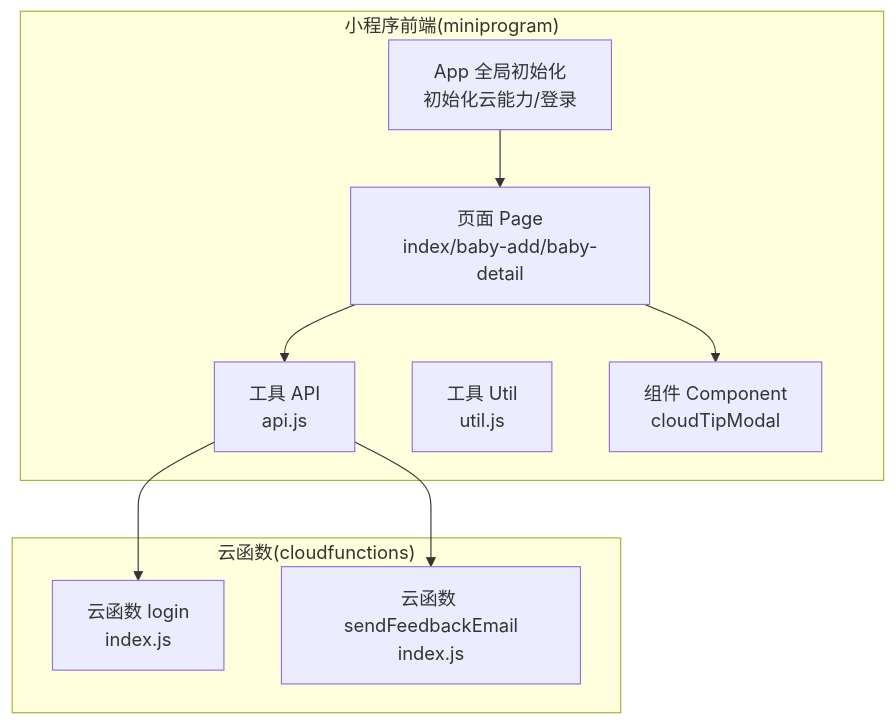
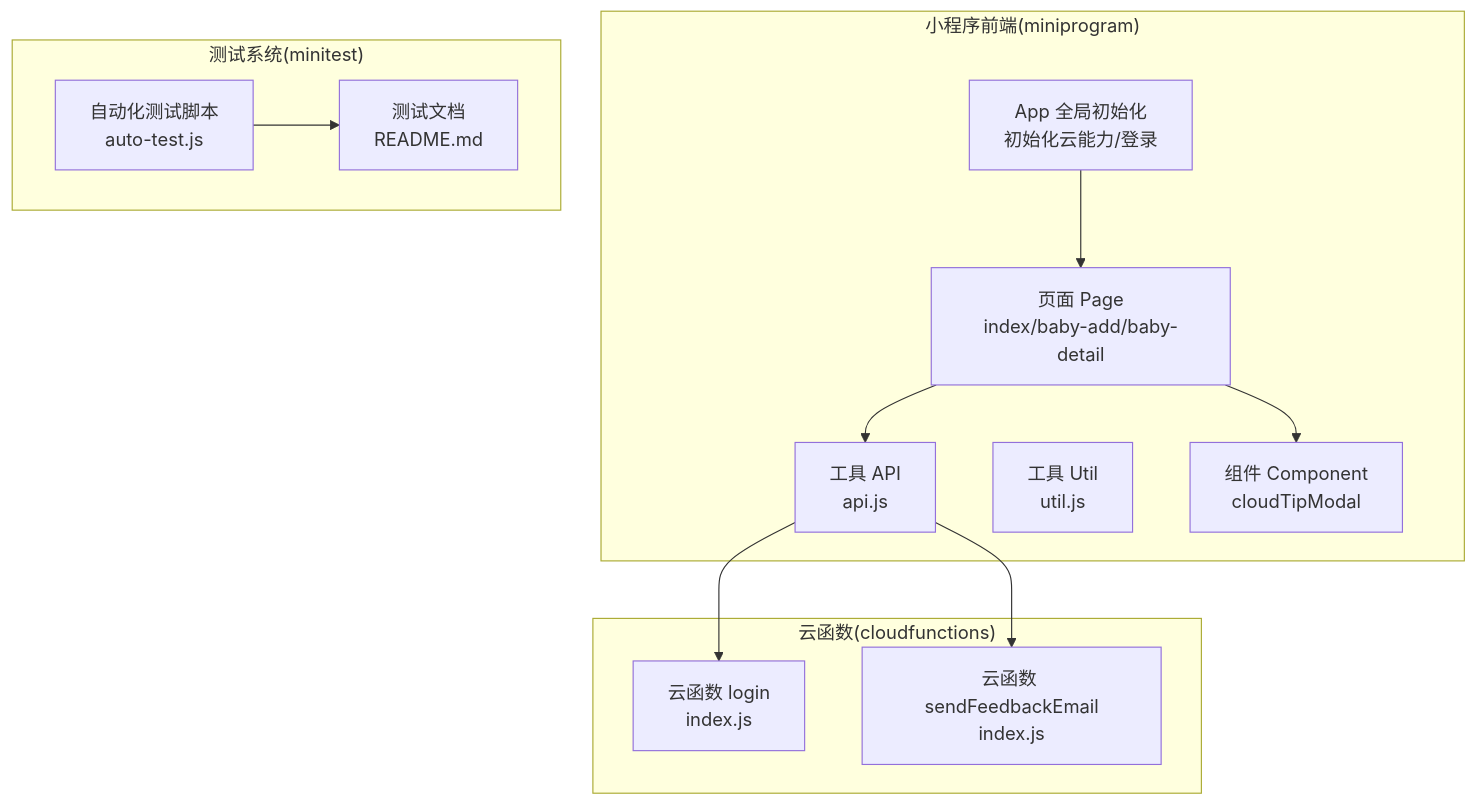
Before and after one commit to zhangxin19911211-creator/Project_BabyAssistant: the first of 5 diagrams in .qoder/repowiki/zh/content/测试策略/测试策略.md, drawn with Mermaid. The commit also changed other lines of this file and 24 other files, not shown here.

````diff
--- a/.qoder/repowiki/zh/content/测试策略/测试策略.md
+++ b/.qoder/repowiki/zh/content/测试策略/测试策略.md
@@ -44,19 +44,24 @@
 ```mermaid
 graph TB
 subgraph "小程序前端(miniprogram)"
 APP["App 全局初始化<br/>初始化云能力/登录"]
 PAGES["页面 Page<br/>index/baby-add/baby-detail"]
 UTILS_API["工具 API<br/>api.js"]
 UTILS_UTIL["工具 Util<br/>util.js"]
 COMPONENTS["组件 Component<br/>cloudTipModal"]
 end
 subgraph "云函数(cloudfunctions)"
 CF_LOGIN["云函数 login<br/>index.js"]
 CF_FEEDBACK["云函数 sendFeedbackEmail<br/>index.js"]
 end
+subgraph "测试系统(minitest)"
+AUTO_TEST["自动化测试脚本<br/>auto-test.js"]
+TEST_README["测试文档<br/>README.md"]
+end
 APP --> PAGES
 PAGES --> UTILS_API
 UTILS_API --> CF_LOGIN
 UTILS_API --> CF_FEEDBACK
 PAGES --> COMPONENTS
+AUTO_TEST --> TEST_README
 ```
````
